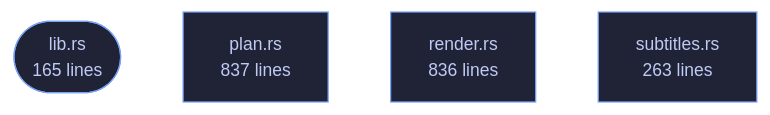
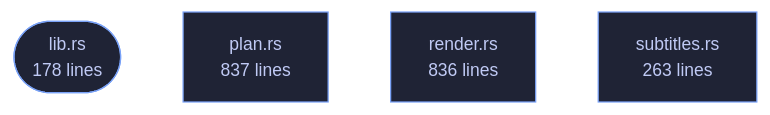
The diagram in wiki/Crate-veilvoice-conversation.md (tilas01/veilvoice), drawn with Mermaid before and after one commit. The commit also changed other lines of this file and 182 other files, not shown here.

````diff
--- a/wiki/Crate-veilvoice-conversation.md
+++ b/wiki/Crate-veilvoice-conversation.md
@@ -77,12 +91,12 @@
 ```mermaid
 %%{init: {"theme":"base","themeVariables":{"background":"#1a1b26","primaryColor":"#1f2335","primaryTextColor":"#c0caf5","primaryBorderColor":"#7aa2f7","secondaryColor":"#16161e","tertiaryColor":"#16161e","lineColor":"#737aa2","textColor":"#c0caf5","mainBkg":"#1f2335","nodeBorder":"#7aa2f7","clusterBkg":"#16161e","clusterBorder":"#2f3549","fontFamily":"ui-monospace, SFMono-Regular, Consolas, monospace","fontSize":"14px"}}}%%
 flowchart TD
-    n_lib(["lib.rs<br/>165 lines"])
+    n_lib(["lib.rs<br/>178 lines"])
     n_plan["plan.rs<br/>837 lines"]
     n_render["render.rs<br/>836 lines"]
     n_subtitles["subtitles.rs<br/>263 lines"]
     click n_lib href "https://github.com/tilas01/veilvoice/blob/main/crates/veilvoice-conversation/src/lib.rs" "open the source"
     click n_plan href "https://github.com/tilas01/veilvoice/blob/main/crates/veilvoice-conversation/src/plan.rs" "open the source"
     click n_render href "https://github.com/tilas01/veilvoice/blob/main/crates/veilvoice-conversation/src/render.rs" "open the source"
     click n_subtitles href "https://github.com/tilas01/veilvoice/blob/main/crates/veilvoice-conversation/src/subtitles.rs" "open the source"
 ```
````
